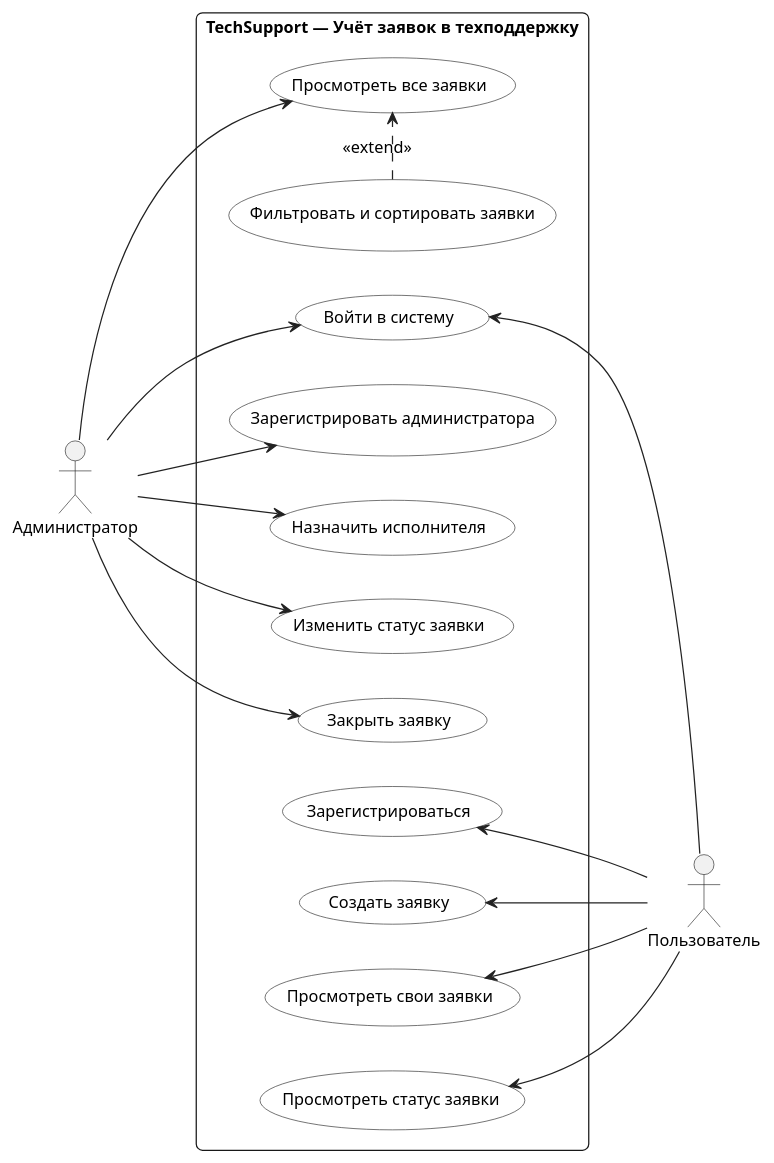
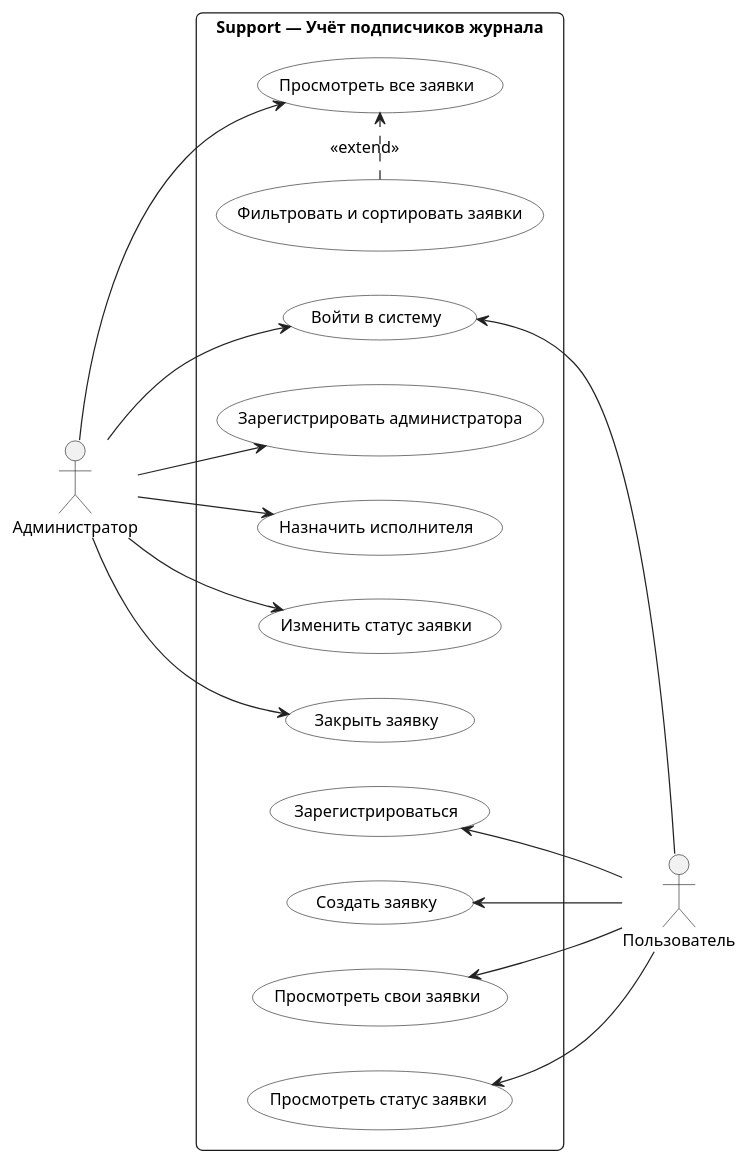
Before and after one commit to disis208/Informatic_lab: the diagram in docs/UseCase.plantuml, drawn with PlantUML.

```diff
--- a/docs/UseCase.plantuml
+++ b/docs/UseCase.plantuml
@@ -1,46 +1,46 @@
 @startuml
 left to right direction
 skinparam packageStyle rectangle
 skinparam shadowing false
 skinparam roundcorner 10
 skinparam defaultFontName Arial
 skinparam defaultFontSize 13
 skinparam arrowColor #222222
 skinparam actorBorderColor #222222
 skinparam usecaseBorderColor #222222
 skinparam usecaseBackgroundColor #FFFFFF
 
 actor "Администратор" as Admin
 
-rectangle "TechSupport — Учёт заявок в техподдержку" {
+rectangle "Support — Учёт подписчиков журнала" {
     usecase "Войти в систему" as UC_Login
     usecase "Зарегистрировать администратора" as UC_RegAdmin
     usecase "Просмотреть все заявки" as UC_ViewAll
     usecase "Фильтровать и сортировать заявки" as UC_Filter
     usecase "Назначить исполнителя" as UC_Assign
     usecase "Изменить статус заявки" as UC_ChangeStatus
     usecase "Закрыть заявку" as UC_Close
 
     usecase "Зарегистрироваться" as UC_Register
     usecase "Создать заявку" as UC_CreateTicket
     usecase "Просмотреть свои заявки" as UC_ViewMy
     usecase "Просмотреть статус заявки" as UC_ViewStatus
 
     UC_Filter .> UC_ViewAll : <<extend>>
 }
 
 actor "Пользователь" as User
 
 Admin --> UC_Login
 Admin --> UC_RegAdmin
 Admin --> UC_ViewAll
 Admin --> UC_Assign
 Admin --> UC_ChangeStatus
 Admin --> UC_Close
 
 UC_Login <-- User
 UC_Register <-- User
 UC_CreateTicket <-- User
 UC_ViewMy <-- User
 UC_ViewStatus <-- User
 @enduml
```
